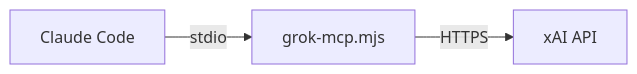
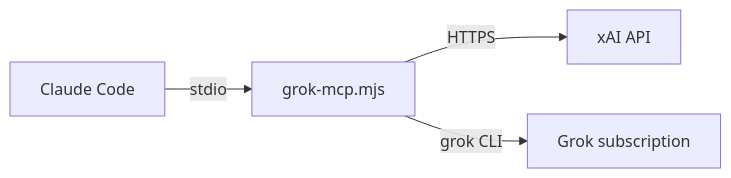
One commit to entropyvortex/askgrokmcp changed the first of 2 diagrams in README.md. Above: the diagram before and after it, drawn with Mermaid. The commit also changed other lines of this file and 12 other files, not shown here.

First line of the commit message:
feat: add grok CLI subscription backend and Claude Code plugin

````diff
--- a/README.md
+++ b/README.md
@@ -262,5 +305,6 @@
 ```mermaid
 flowchart LR
     A[Claude Code] -- stdio --> B[grok-mcp.mjs]
     B -- HTTPS --> C[xAI API]
+    B -- grok CLI --> D[Grok subscription]
 ```
````
